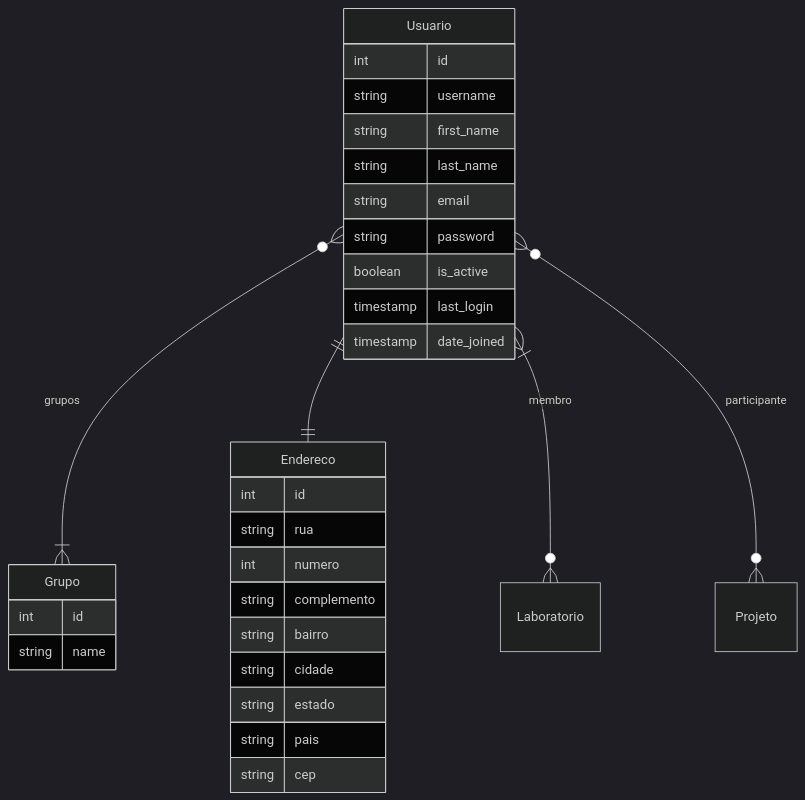
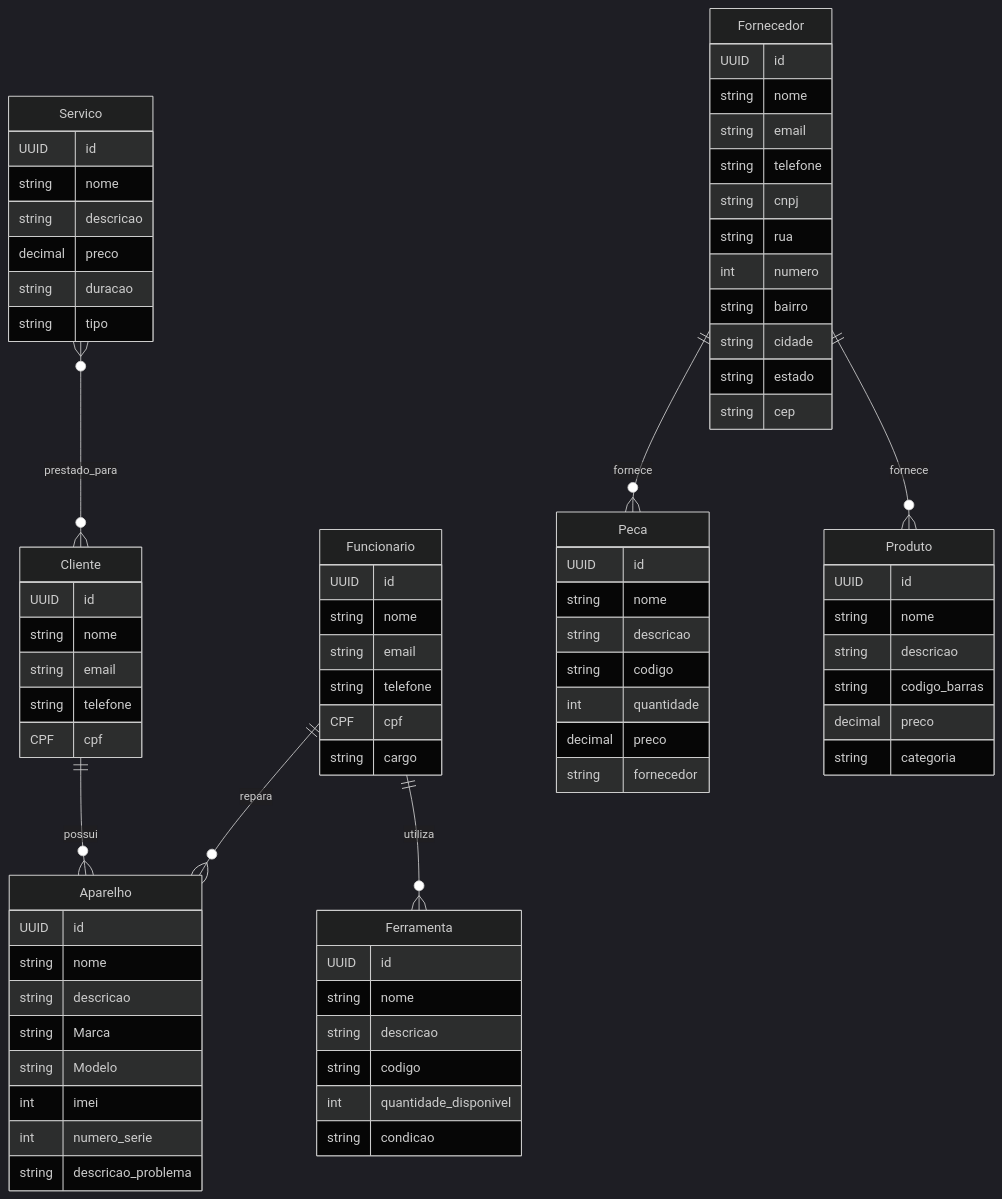
Before and after one commit to flaviogui/TechCell-Pro: the diagram in documentação/doc-apf.md, drawn with Mermaid (dark theme). The commit also changed other lines of this file, not shown here.

Commit message:
Adicionando documento de pontos de Função

````diff
--- a/documentação/doc-apf.md
+++ b/documentação/doc-apf.md
@@ -20,33 +20,82 @@
 ```mermaid
 erDiagram
-    Grupo {
-        int id
-        string name
+    Cliente {
+        UUID id
+        string nome
+        string email
+        string telefone
+        CPF cpf
     }
-    Usuario {
-        int id
-        string username
-        string first_name
-        string last_name
+    Funcionario {
+        UUID id
+        string nome
         string email
-        string password
-        boolean is_active
-        timestamp last_login
-        timestamp date_joined
+        string telefone
+        CPF cpf
+        string cargo
     }
-    Endereco {
-        int id
+    Aparelho {
+        UUID id
+        string nome
+        string descricao
+        string Marca
+        string Modelo
+        int imei
+        int numero_serie
+        string descricao_problema
+    }
+    Ferramenta {
+        UUID id
+        string nome
+        string descricao
+        string codigo
+        int quantidade_disponivel
+        string condicao
+    }
+    Fornecedor {
+        UUID id
+        string nome
+        string email
+        string telefone
+        string cnpj
         string rua
         int numero
-        string complemento
         string bairro
         string cidade
         string estado
-        string pais
         string cep
     }
-    Usuario }o--|{ Grupo : grupos
-    Usuario ||--|| Endereco : ""
-    Usuario }|--o{ Laboratorio : membro
-    Usuario }o--o{ Projeto : participante
+    Peca {
+        UUID id
+        string nome
+        string descricao
+        string codigo
+        int quantidade
+        decimal preco
+        string fornecedor
+    }
+    Produto {
+        UUID id
+        string nome
+        string descricao
+        string codigo_barras
+        decimal preco
+        string categoria
+    }
+    Servico {
+        UUID id
+        string nome
+        string descricao
+        decimal preco
+        string duracao
+        string tipo
+    }
+
+    Cliente ||--o{ Aparelho : possui
+    Funcionario ||--o{ Aparelho : repara
+    Funcionario ||--o{ Ferramenta : utiliza
+    Fornecedor ||--o{ Peca : fornece
+    Fornecedor ||--o{ Produto : fornece
+    Servico }o--o{ Cliente : prestado_para
+
 ```
````
